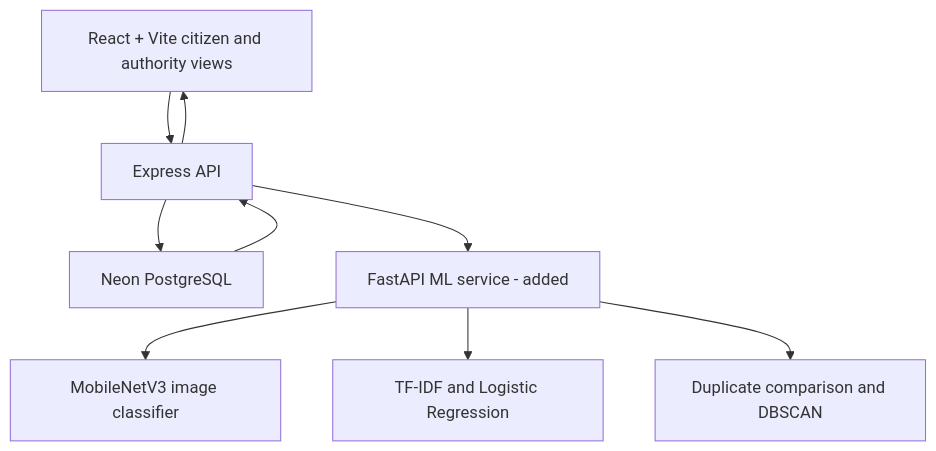
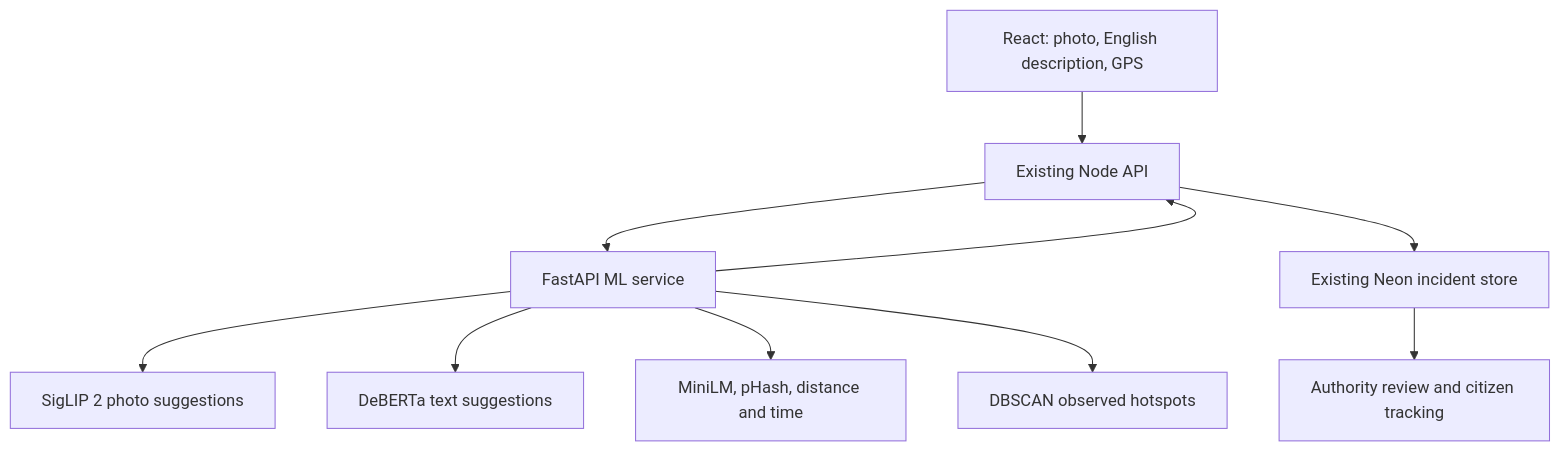
One commit to Arfaa26/RapidResQ changed the diagram in docs/ML_UPGRADE.md. Above: the diagram before and after it, drawn with Mermaid. The commit also changed other lines of this file and 30 other files, not shown here.

Commit message:
Integrate pretrained photo text and semantic triage models

````diff
--- a/docs/ML_UPGRADE.md
+++ b/docs/ML_UPGRADE.md
@@ -11,11 +7,12 @@
 ```mermaid
 flowchart TD
-  A[React + Vite citizen and authority views] --> B[Express API]
-  B --> C[Neon PostgreSQL]
-  B --> D[FastAPI ML service - added]
-  D --> E[MobileNetV3 image classifier]
-  D --> F[TF-IDF and Logistic Regression]
-  D --> G[Duplicate comparison and DBSCAN]
+  A[React: photo, English description, GPS] --> B[Existing Node API]
+  B --> C[FastAPI ML service]
+  C --> D[SigLIP 2 photo suggestions]
+  C --> E[DeBERTa text suggestions]
+  C --> F[MiniLM, pHash, distance and time]
+  C --> G[DBSCAN observed hotspots]
   C --> B
-  B --> A
+  B --> H[Existing Neon incident store]
+  H --> I[Authority review and citizen tracking]
 ```
````
